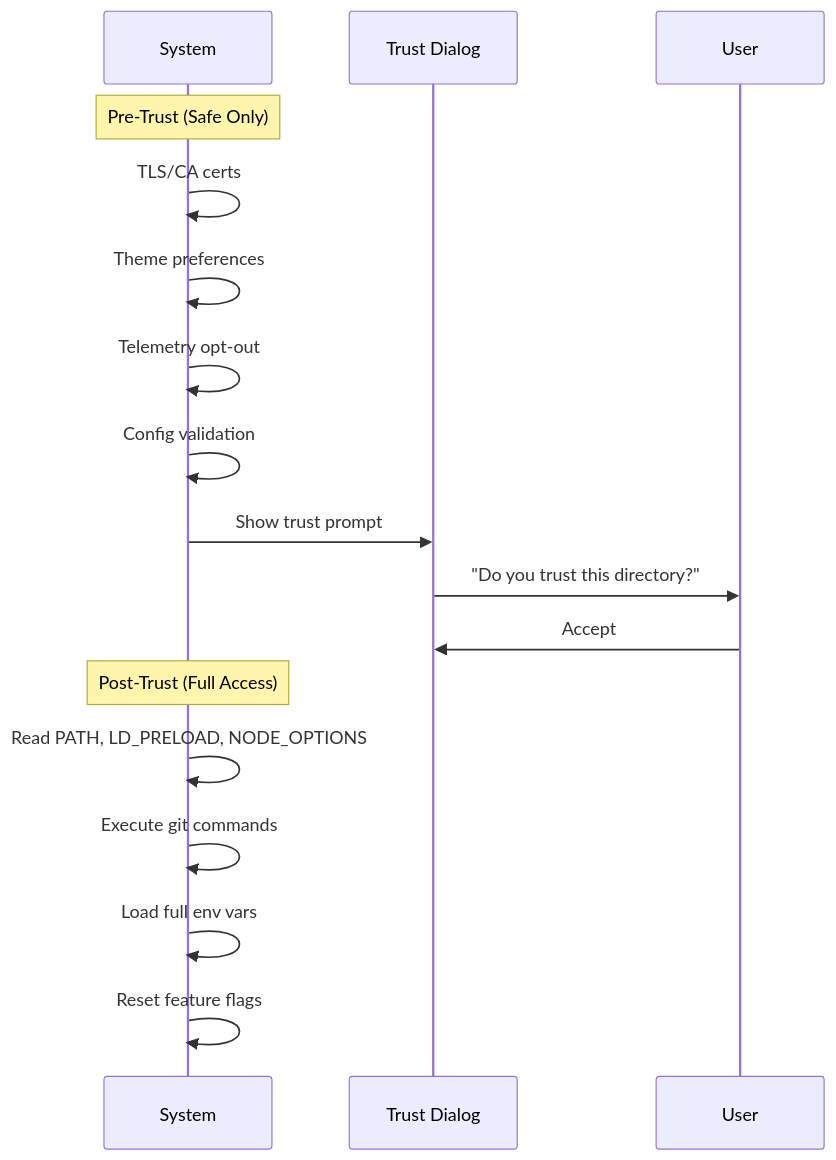
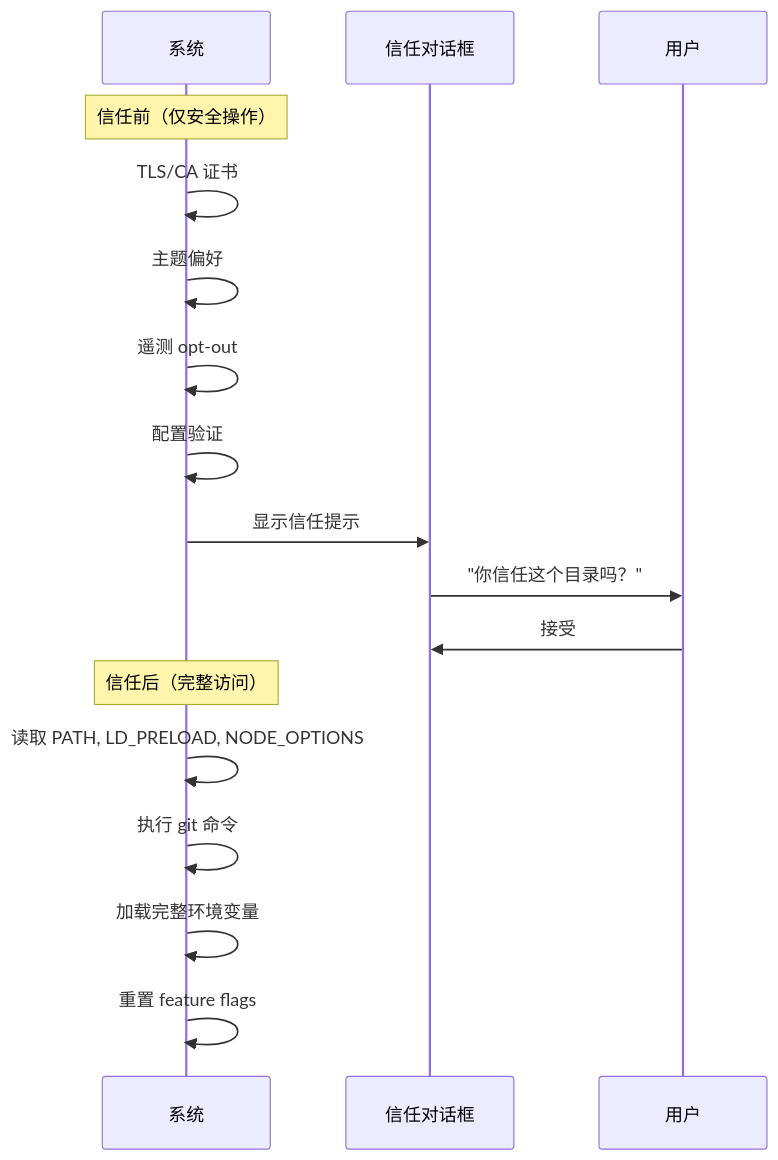
The second of 4 diagrams in book-zh/ch02-bootstrap.md (quanuanc/claude-code-from-source), drawn with Mermaid before and after one commit. The commit also changed other lines of this file and 2 other files, not shown here.

````diff
--- a/book-zh/ch02-bootstrap.md
+++ b/book-zh/ch02-bootstrap.md
@@ -99,22 +92,22 @@
 ```mermaid
 sequenceDiagram
-    participant S as System
-    participant T as Trust Dialog
-    participant U as User
+    participant S as 系统
+    participant T as 信任对话框
+    participant U as 用户
 
-    Note over S: Pre-Trust (Safe Only)
-    S->>S: TLS/CA certs
-    S->>S: Theme preferences
-    S->>S: Telemetry opt-out
-    S->>S: Config validation
+    Note over S: 信任前（仅安全操作）
+    S->>S: TLS/CA 证书
+    S->>S: 主题偏好
+    S->>S: 遥测 opt-out
+    S->>S: 配置验证
 
-    S->>T: Show trust prompt
-    T->>U: "Do you trust this directory?"
-    U->>T: Accept
+    S->>T: 显示信任提示
+    T->>U: "你信任这个目录吗？"
+    U->>T: 接受
 
-    Note over S: Post-Trust (Full Access)
-    S->>S: Read PATH, LD_PRELOAD, NODE_OPTIONS
-    S->>S: Execute git commands
-    S->>S: Load full env vars
-    S->>S: Reset feature flags
+    Note over S: 信任后（完整访问）
+    S->>S: 读取 PATH, LD_PRELOAD, NODE_OPTIONS
+    S->>S: 执行 git 命令
+    S->>S: 加载完整环境变量
+    S->>S: 重置 feature flags
 ```
````
